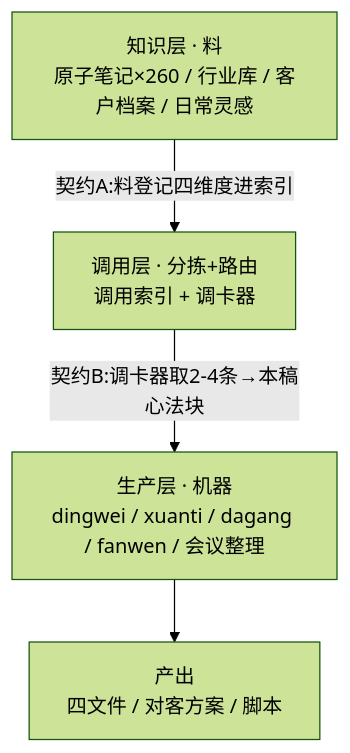
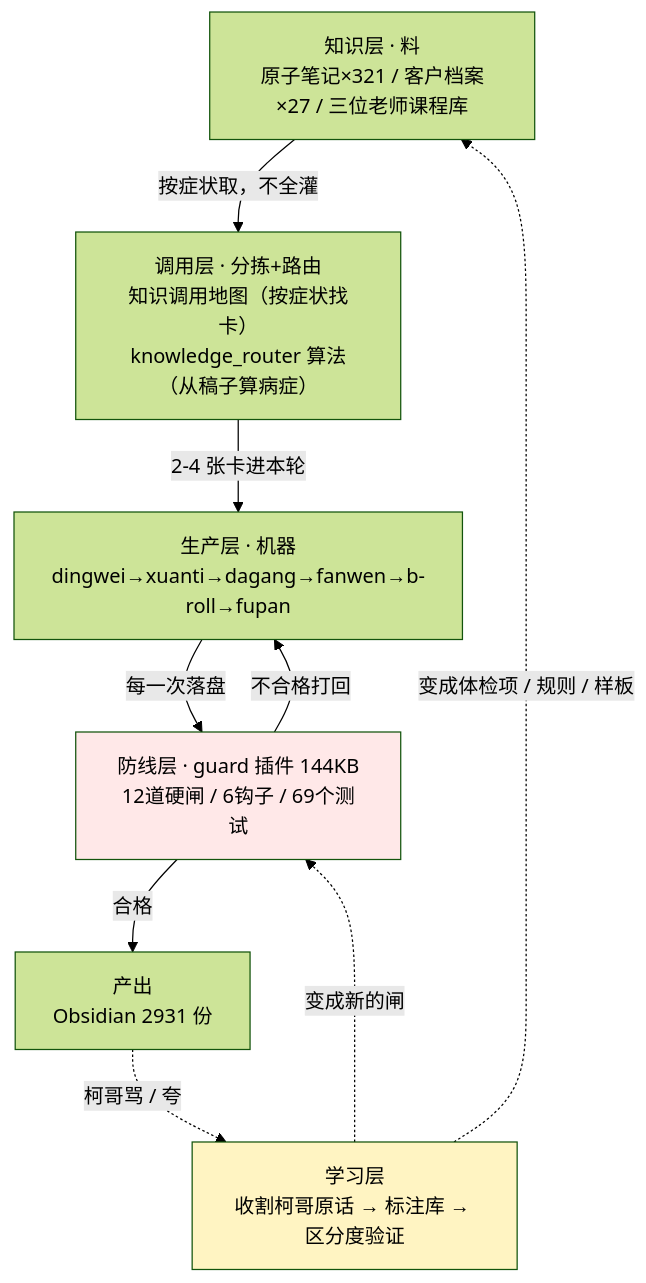
The diagram in 11系统档案/00-系统总图.md (keithjava-dotcom/obsidian-vault), drawn with Mermaid (forest theme) before and after one commit. The commit also changed other lines of this file, not shown here.

````diff
--- a/11系统档案/00-系统总图.md
+++ b/11系统档案/00-系统总图.md
@@ -10,10 +24,21 @@
 ```mermaid
 flowchart TD
- K["知识层 · 料<br/>原子笔记×260 / 行业库 / 客户档案 / 日常灵感"]
- R["调用层 · 分拣+路由<br/>调用索引 + 调卡器"]
- P["生产层 · 机器<br/>dingwei / xuanti / dagang / fanwen / 会议整理"]
- O["产出<br/>四文件 / 对客方案 / 脚本"]
- K -->|"契约A:料登记四维度进索引"| R
- R -->|"契约B:调卡器取2-4条→本稿心法块"| P
- P --> O
+ K["知识层 · 料<br/>原子笔记×321 / 客户档案×27 / 三位老师课程库"]
+ R["调用层 · 分拣+路由<br/>知识调用地图（按症状找卡）<br/>knowledge_router 算法（从稿子算病症）"]
+ P["生产层 · 机器<br/>dingwei→xuanti→dagang→fanwen→b-roll→fupan"]
+ G["防线层 · guard 插件 144KB<br/>12道硬闸 / 6钩子 / 69个测试"]
+ O["产出<br/>Obsidian 2931 份"]
+ L["学习层<br/>收割柯哥原话 → 标注库 → 区分度验证"]
+
+ K -->|"按症状取，不全灌"| R
+ R -->|"2-4 张卡进本轮"| P
+ P -->|"每一次落盘"| G
+ G -->|"不合格打回"| P
+ G -->|"合格"| O
+ O -.->|"柯哥骂 / 夸"| L
+ L -.->|"变成体检项 / 规则 / 样板"| K
+ L -.->|"变成新的闸"| G
+
+ style G fill:#ffe8e8
+ style L fill:#fff4c2
 ```
````
